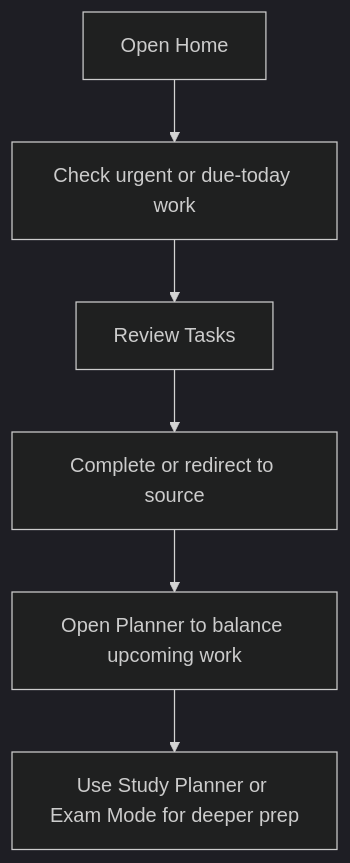
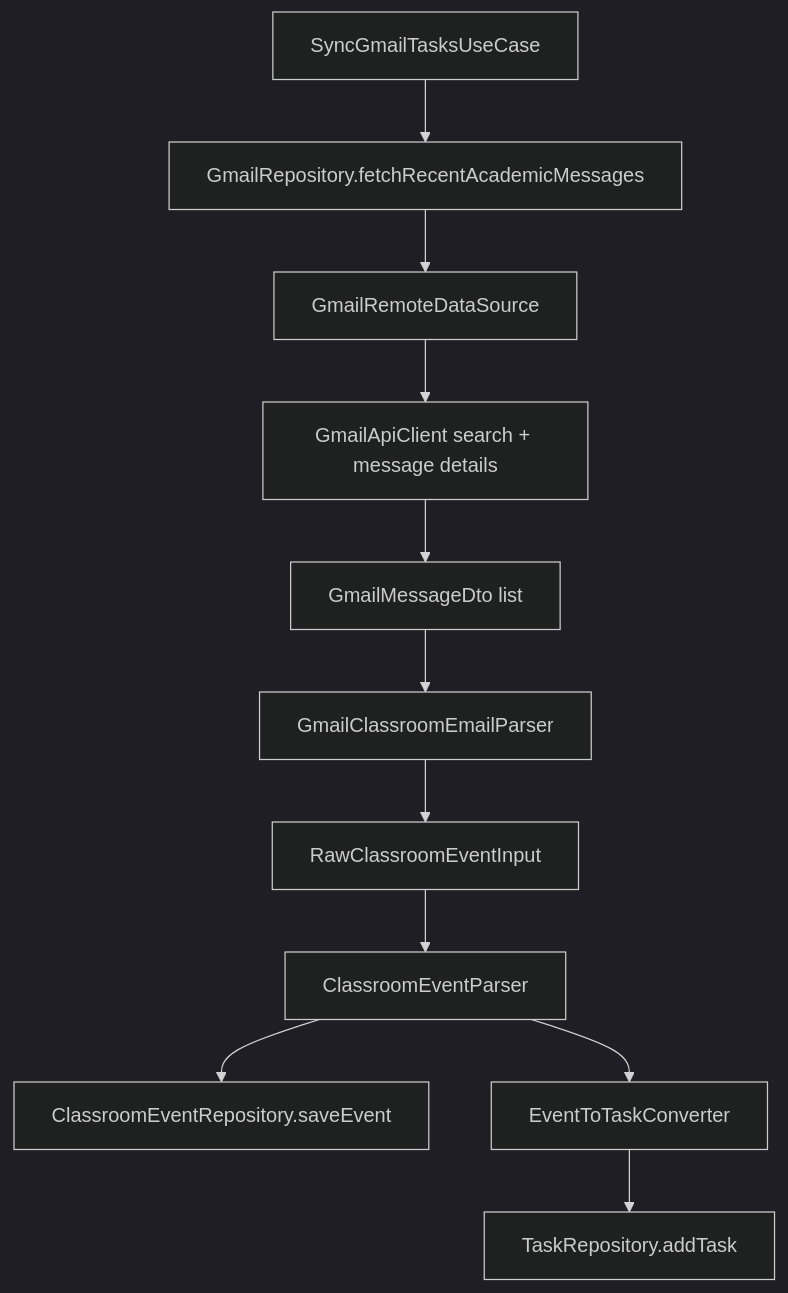
The seventh of 11 diagrams in docs/User manual.md (InsaneCoder789/ClassSync), drawn with Mermaid (dark theme) before and after one commit. The commit also changed other lines of this file and 16 other files, not shown here.

````diff
--- a/docs/User manual.md
+++ b/docs/User manual.md
@@ -115,8 +458,13 @@
 ```mermaid
 flowchart TD
-    A["Open Home"] --> B["Check urgent or due-today work"]
-    B --> C["Review Tasks"]
-    C --> D["Complete or redirect to source"]
-    D --> E["Open Planner to balance upcoming work"]
-    E --> F["Use Study Planner or Exam Mode for deeper prep"]
+    A["SyncGmailTasksUseCase"] --> B["GmailRepository.fetchRecentAcademicMessages"]
+    B --> C["GmailRemoteDataSource"]
+    C --> D["GmailApiClient search + message details"]
+    D --> E["GmailMessageDto list"]
+    E --> F["GmailClassroomEmailParser"]
+    F --> G["RawClassroomEventInput"]
+    G --> H["ClassroomEventParser"]
+    H --> I["ClassroomEventRepository.saveEvent"]
+    H --> J["EventToTaskConverter"]
+    J --> K["TaskRepository.addTask"]
 ```
````
